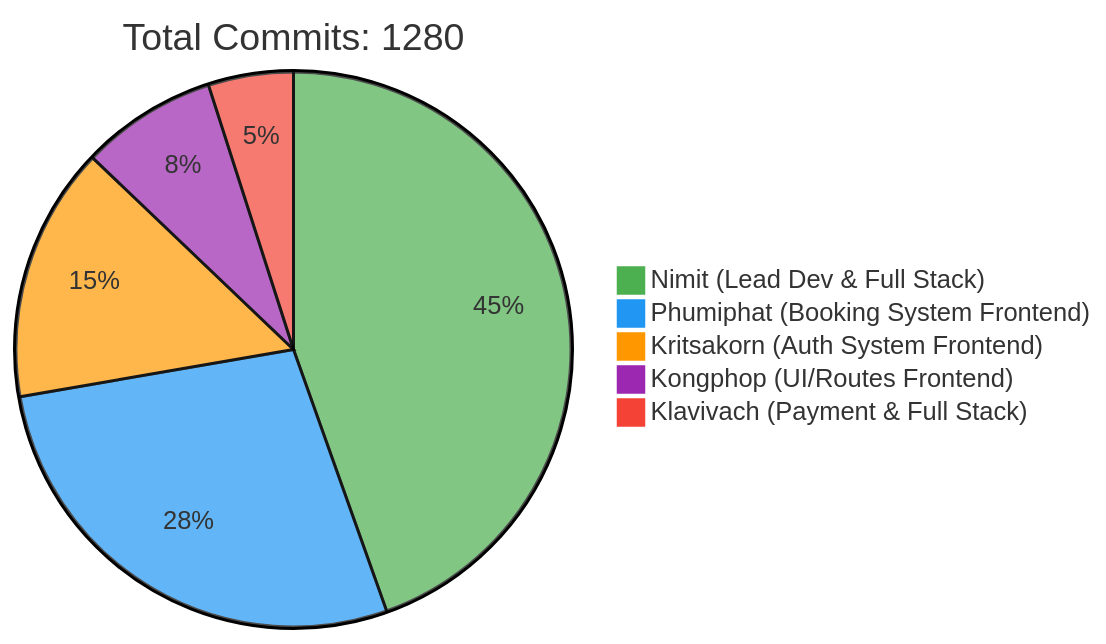
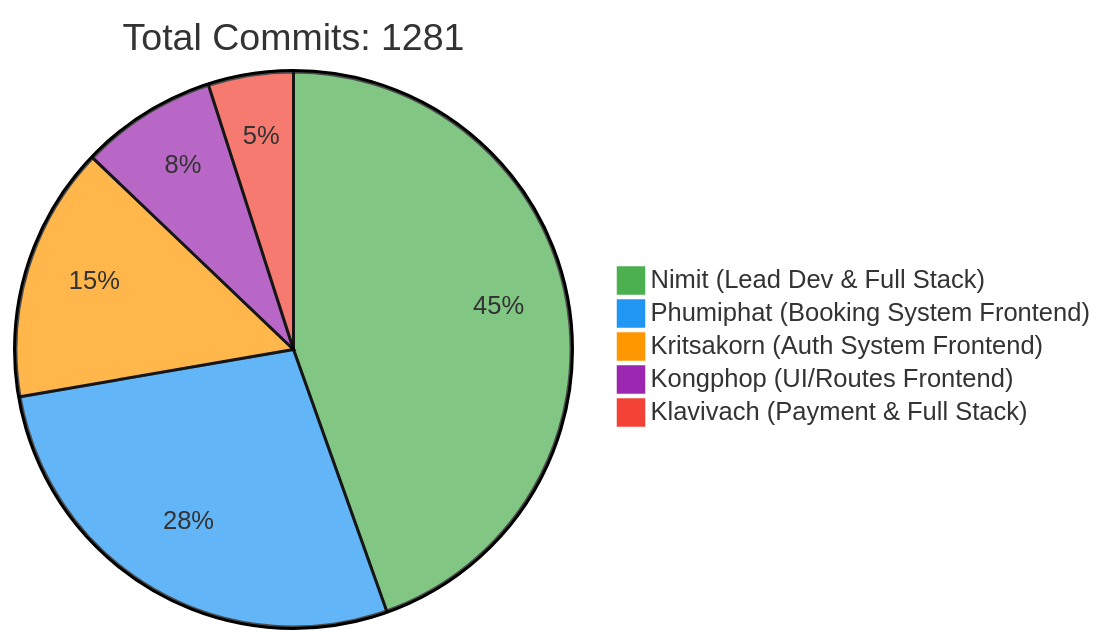
Before and after one commit to 6531503042/Sport-Complex: the first of 2 diagrams in README.md, drawn with Mermaid. The commit also changed other lines of this file, not shown here.

Commit message:
docs: Update contributor statistics [skip ci]

````diff
--- a/README.md
+++ b/README.md
@@ -257,10 +257,10 @@
 ```mermaid
 %%{init: {'theme': 'base', 'themeVariables': { 'pie1': '#4CAF50', 'pie2': '#2196F3', 'pie3': '#FF9800', 'pie4': '#9C27B0', 'pie5': '#F44336'}}}%%
 pie
-    title Total Commits: 1280
+    title Total Commits: 1281
     "Nimit (Lead Dev & Full Stack)" : 450
     "Phumiphat (Booking System Frontend)" : 280
     "Kritsakorn (Auth System Frontend)" : 150
     "Kongphop (UI/Routes Frontend)" : 80
     "Klavivach (Payment & Full Stack)" : 50
 ```
````
